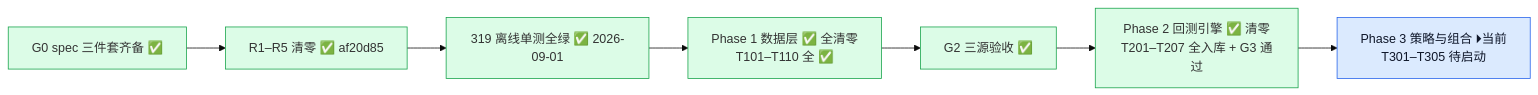
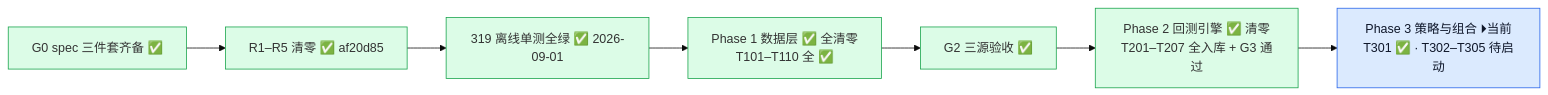
The second of 4 diagrams in docs/project_status_flowchart.md (YZml1507/FinAI2.0), drawn with Mermaid (base theme) before and after one commit. The commit also changed other lines of this file and 3 other files, not shown here.

Commit message:
docs: T301 状态标记 — CLAUDE.md §0/§5/§7 + spec 快照 + 流程图（T301 ✅ / 422 绿 / 当前位 T302）

````diff
--- a/docs/project_status_flowchart.md
+++ b/docs/project_status_flowchart.md
@@ -29,15 +29,15 @@
 ```mermaid
 flowchart LR
   G0[G0 spec 三件套齐备 ✅] --> R15[R1–R5 清零 ✅ af20d85] --> UT[319 离线单测全绿 ✅ 2026-09-01]
   UT --> P1[Phase 1 数据层 ✅ 全清零<br/>T101–T110 全 ✅]
   P1 --> G2[G2 三源验收 ✅]
   G2 --> P2C[Phase 2 回测引擎 ✅ 清零<br/>T201–T207 全入库 + G3 通过]
-  P2C --> P3C[Phase 3 策略与组合 ⏵当前<br/>T301–T305 待启动]
+  P2C --> P3C[Phase 3 策略与组合 ⏵当前<br/>T301 ✅ · T302–T305 待启动]
   style G0 fill:#dcfce7,stroke:#16a34a
   style R15 fill:#dcfce7,stroke:#16a34a
   style UT fill:#dcfce7,stroke:#16a34a
   style P1 fill:#dcfce7,stroke:#16a34a
   style G2 fill:#dcfce7,stroke:#16a34a
   style P2C fill:#dcfce7,stroke:#16a34a
   style P3C fill:#dbeafe,stroke:#2563eb,color:#0f172a
 ```
````
